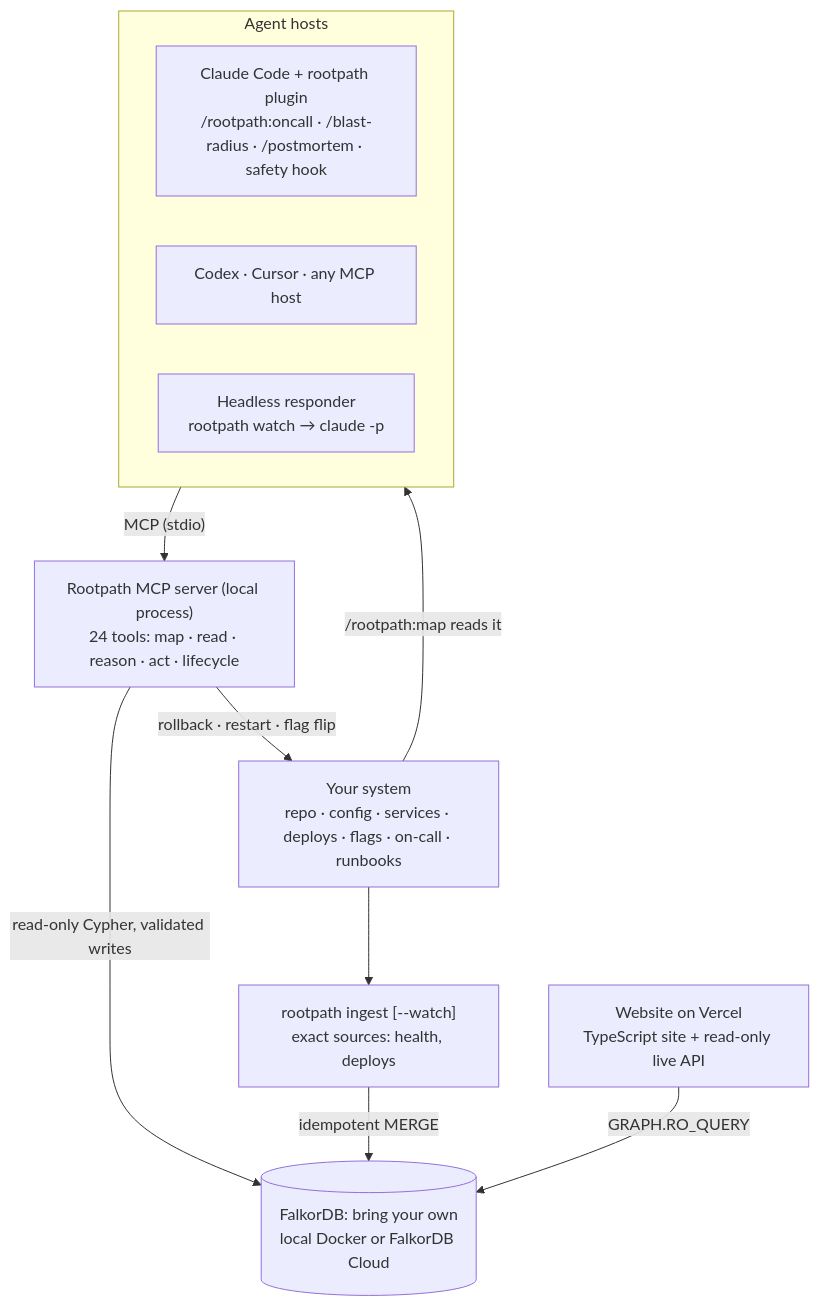
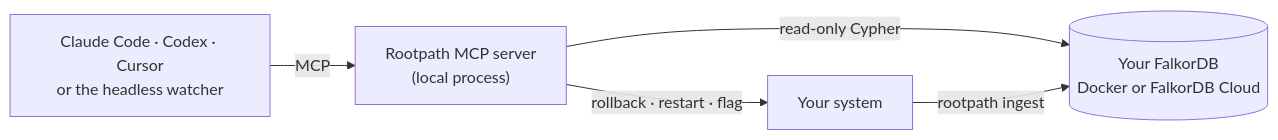
The second of 2 diagrams in README.md (IWhitebird/rootpath), drawn with Mermaid before and after one commit. The commit also changed other lines of this file and 20 other files, not shown here.

````diff
--- a/README.md
+++ b/README.md
@@ -112,19 +72,7 @@
 ```mermaid
-flowchart TB
-  subgraph hosts["Agent hosts"]
-    CC["Claude Code + rootpath plugin<br/>/rootpath:oncall · /blast-radius · /postmortem · safety hook"]
-    OT["Codex · Cursor · any MCP host"]
-    HL["Headless responder<br/>rootpath watch → claude -p"]
-  end
-  MCP["Rootpath MCP server (local process)<br/>24 tools: map · read · reason · act · lifecycle"]
-  DB[("FalkorDB: bring your own<br/>local Docker or FalkorDB Cloud")]
-  ING["rootpath ingest [--watch]<br/>exact sources: health, deploys"]
-  SYS["Your system<br/>repo · config · services · deploys · flags · on-call · runbooks"]
-  WEB["Website on Vercel<br/>TypeScript site + read-only live API"]
-  hosts -- "MCP (stdio)" --> MCP
-  MCP -- "read-only Cypher, validated writes" --> DB
-  MCP -- "rollback · restart · flag flip" --> SYS
-  SYS -- "/rootpath:map reads it" --> hosts
-  SYS --> ING -- "idempotent MERGE" --> DB
-  WEB -- "GRAPH.RO_QUERY" --> DB
+flowchart LR
+  A["Claude Code · Codex · Cursor<br/>or the headless watcher"] -- MCP --> M["Rootpath MCP server<br/>(local process)"]
+  M -- read-only Cypher --> DB[("Your FalkorDB<br/>Docker or FalkorDB Cloud")]
+  M -- rollback · restart · flag --> S["Your system"]
+  S -- rootpath ingest --> DB
 ```
````
